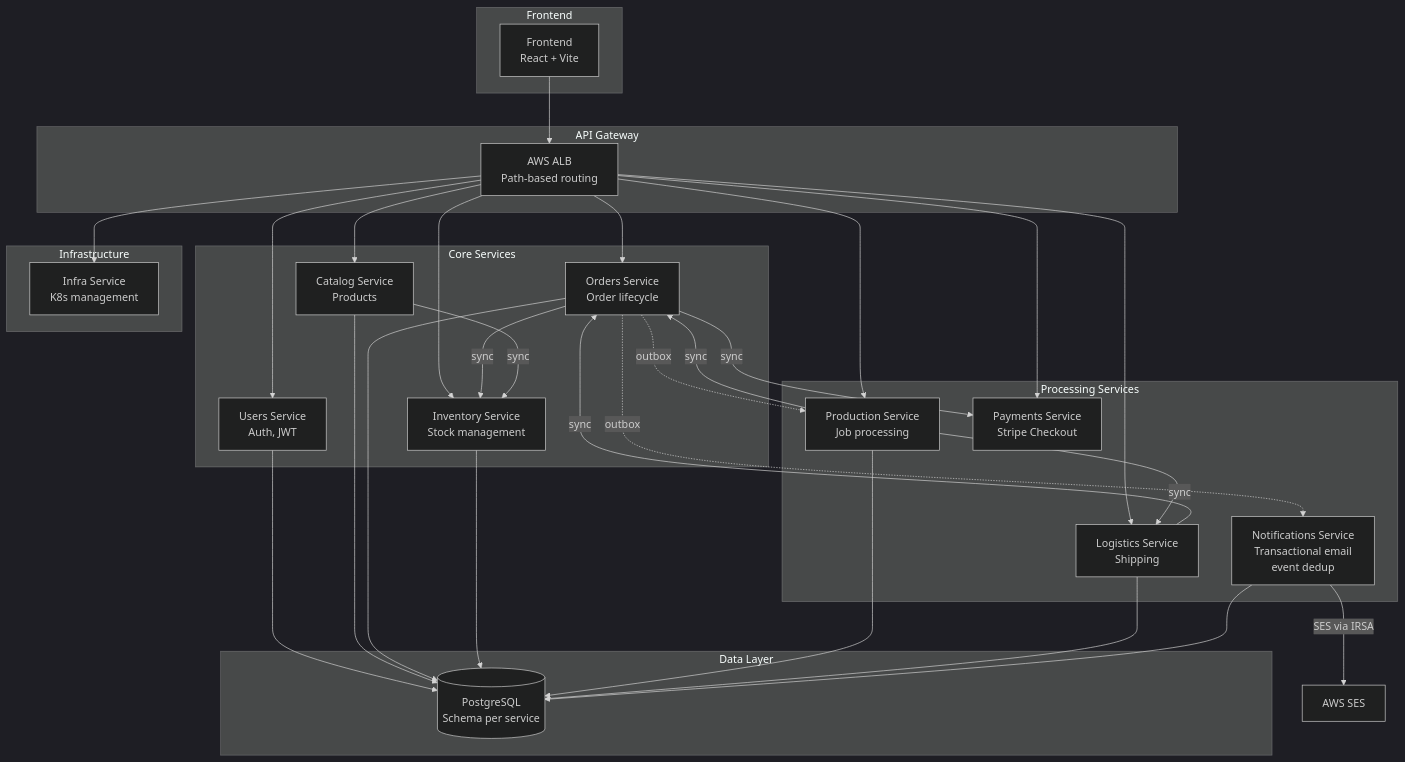
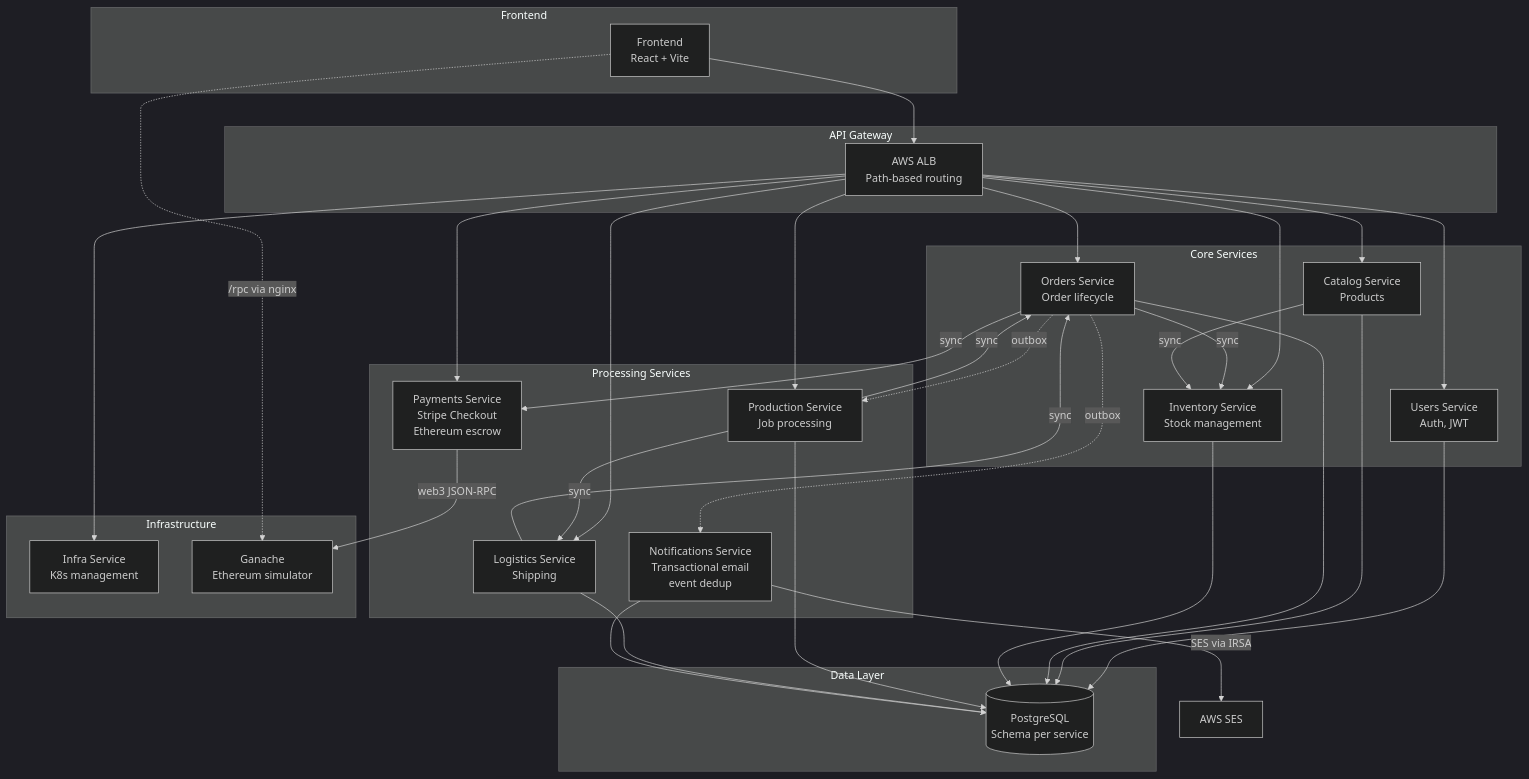
One commit to PolovinaD/posters-shop changed the first of 9 diagrams in docs/ARCHITECTURE.md. Above: the diagram before and after it, drawn with Mermaid (dark theme). The commit also changed other lines of this file and 8 other files, not shown here.

Commit message:
docs: escrow, Ganache and courier binding in the docs/ reference

````diff
--- a/docs/ARCHITECTURE.md
+++ b/docs/ARCHITECTURE.md
@@ -11,60 +11,63 @@
 ```mermaid
 graph TB
     subgraph "Frontend"
         FE[Frontend<br/>React + Vite]
     end
     
     subgraph "API Gateway"
         ALB[AWS ALB<br/>Path-based routing]
     end
     
     subgraph "Core Services"
         USERS[Users Service<br/>Auth, JWT]
         CATALOG[Catalog Service<br/>Products]
         ORDERS[Orders Service<br/>Order lifecycle]
         INVENTORY[Inventory Service<br/>Stock management]
     end
     
     subgraph "Processing Services"
         PRODUCTION[Production Service<br/>Job processing]
         LOGISTICS[Logistics Service<br/>Shipping]
-        PAYMENTS[Payments Service<br/>Stripe Checkout]
+        PAYMENTS[Payments Service<br/>Stripe Checkout<br/>Ethereum escrow]
         NOTIFICATIONS[Notifications Service<br/>Transactional email<br/>event dedup]
     end
     
     subgraph "Infrastructure"
         INFRA[Infra Service<br/>K8s management]
+        GANACHE[Ganache<br/>Ethereum simulator]
     end
     
     subgraph "Data Layer"
         PG[(PostgreSQL<br/>Schema per service)]
     end
     
     FE --> ALB
     ALB --> USERS
     ALB --> CATALOG
     ALB --> ORDERS
     ALB --> INVENTORY
     ALB --> PRODUCTION
     ALB --> LOGISTICS
     ALB --> PAYMENTS
     ALB --> INFRA
     
     ORDERS -->|sync| INVENTORY
     ORDERS -->|sync| PAYMENTS
     ORDERS -.->|outbox| PRODUCTION
     ORDERS -.->|outbox| NOTIFICATIONS
     NOTIFICATIONS -->|SES via IRSA| SES[AWS SES]
     PRODUCTION -->|sync| ORDERS
     PRODUCTION -->|sync| LOGISTICS
     LOGISTICS -->|sync| ORDERS
     CATALOG -->|sync| INVENTORY
+    PAYMENTS -->|web3 JSON-RPC| GANACHE
+    FE -.->|/rpc via nginx| GANACHE
     
     USERS --> PG
     CATALOG --> PG
     ORDERS --> PG
     INVENTORY --> PG
     PRODUCTION --> PG
     LOGISTICS --> PG
     NOTIFICATIONS --> PG
 ```
````
